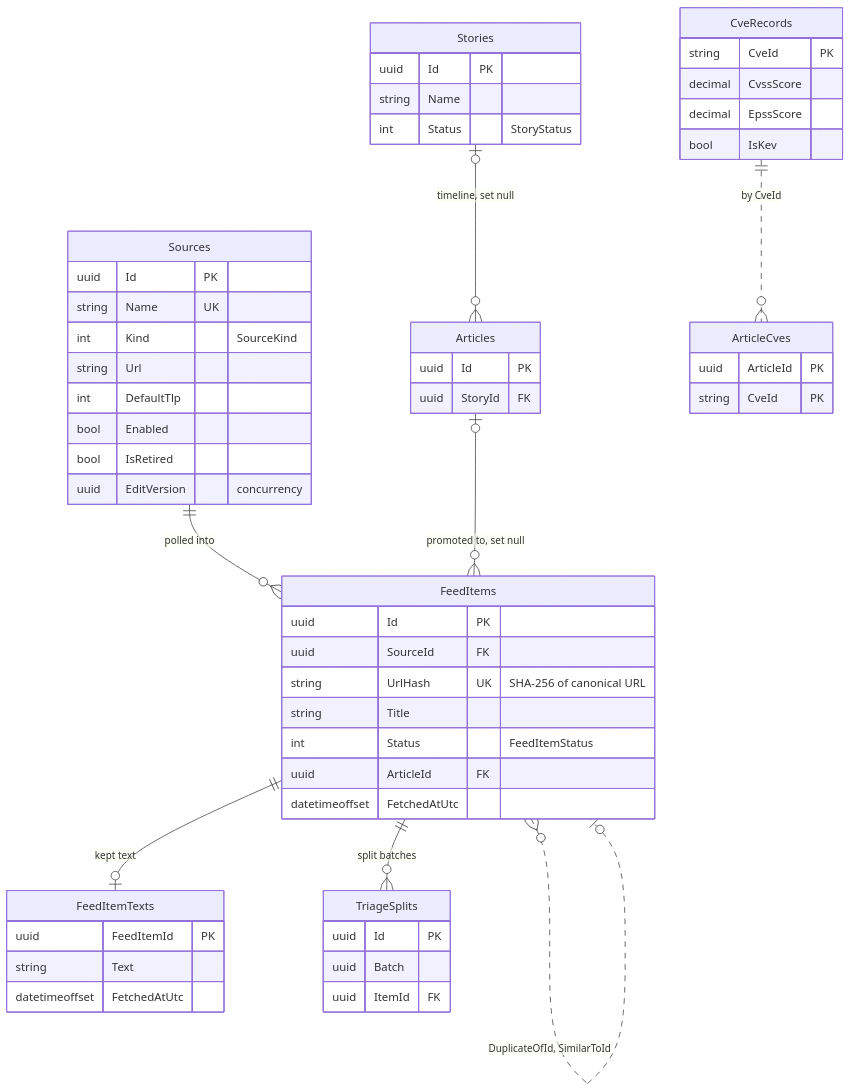
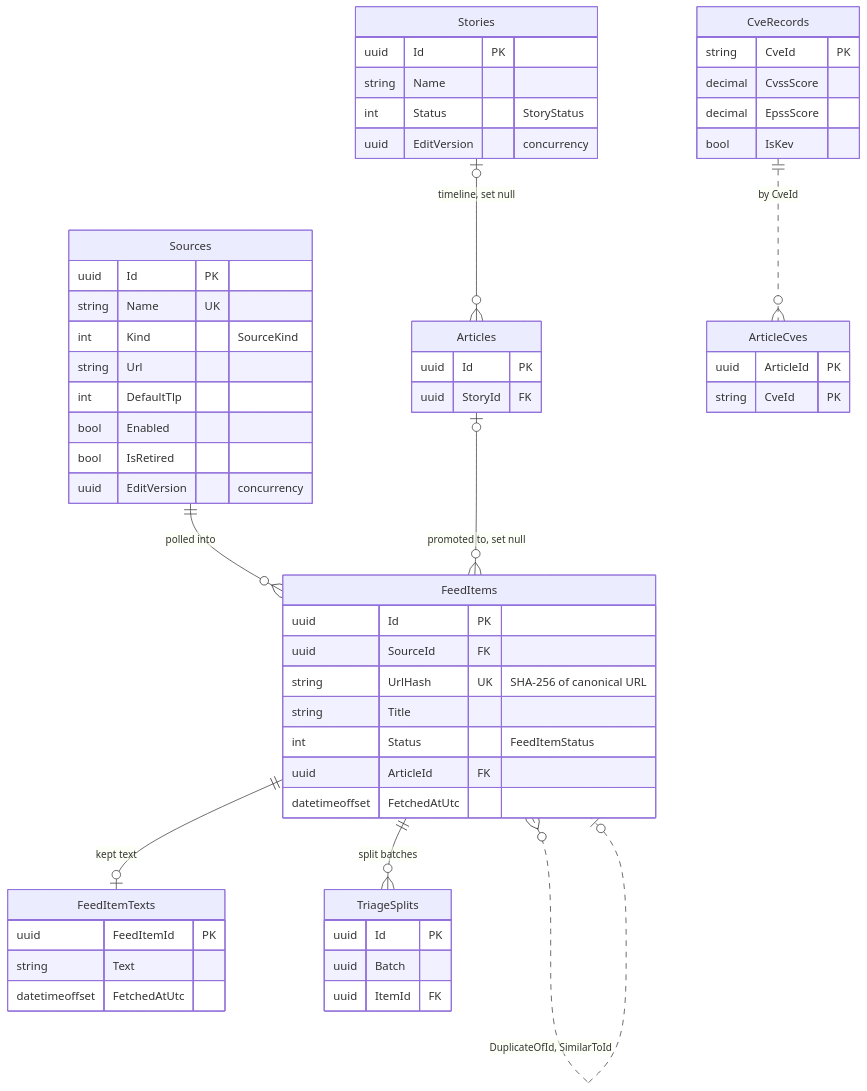
One commit to jashley92/Tide changed the first of 12 diagrams in docs/architecture/data-model.md. Above: the diagram before and after it, drawn with Mermaid. The commit also changed other lines of this file and 54 other files, not shown here.

````diff
--- a/docs/architecture/data-model.md
+++ b/docs/architecture/data-model.md
@@ -76,59 +76,60 @@
 ```mermaid
 erDiagram
     Sources ||--o{ FeedItems : "polled into"
     FeedItems ||--o| FeedItemTexts : "kept text"
     FeedItems ||--o{ TriageSplits : "split batches"
     FeedItems }o..o| FeedItems : "DuplicateOfId, SimilarToId"
     Articles |o--o{ FeedItems : "promoted to, set null"
     Stories |o--o{ Articles : "timeline, set null"
     CveRecords ||..o{ ArticleCves : "by CveId"
 
     Sources {
         uuid Id PK
         string Name UK
         int Kind "SourceKind"
         string Url
         int DefaultTlp
         bool Enabled
         bool IsRetired
         uuid EditVersion "concurrency"
     }
     FeedItems {
         uuid Id PK
         uuid SourceId FK
         string UrlHash UK "SHA-256 of canonical URL"
         string Title
         int Status "FeedItemStatus"
         uuid ArticleId FK
         datetimeoffset FetchedAtUtc
     }
     FeedItemTexts {
         uuid FeedItemId PK
         string Text
         datetimeoffset FetchedAtUtc
     }
     TriageSplits {
         uuid Id PK
         uuid Batch
         uuid ItemId FK
     }
     Stories {
         uuid Id PK
         string Name
         int Status "StoryStatus"
+        uuid EditVersion "concurrency"
     }
     CveRecords {
         string CveId PK
         decimal CvssScore
         decimal EpssScore
         bool IsKev
     }
     Articles {
         uuid Id PK
         uuid StoryId FK
     }
     ArticleCves {
         uuid ArticleId PK
         string CveId PK
     }
 ```
````
